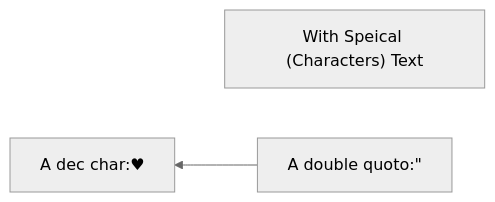
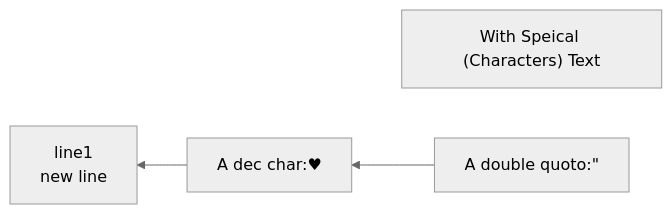
The diagram in try_mermaid/flowchart_with_special_characters.mmd (wangyoucao577/MyTinyTests), drawn with Mermaid (neutral theme) before and after one commit. The commit also changed 1 other file, not shown here.

Commit message:
add new line tag

```diff
--- a/try_mermaid/flowchart_with_special_characters.mmd
+++ b/try_mermaid/flowchart_with_special_characters.mmd
@@ -1,3 +1,4 @@
 graph RL
 A["With Speical (Characters) Text"]
 B["A double quoto:#quot;"] --> C["A dec char:#9829;"]
+C --> D["line1<p></p>new line"]
```
